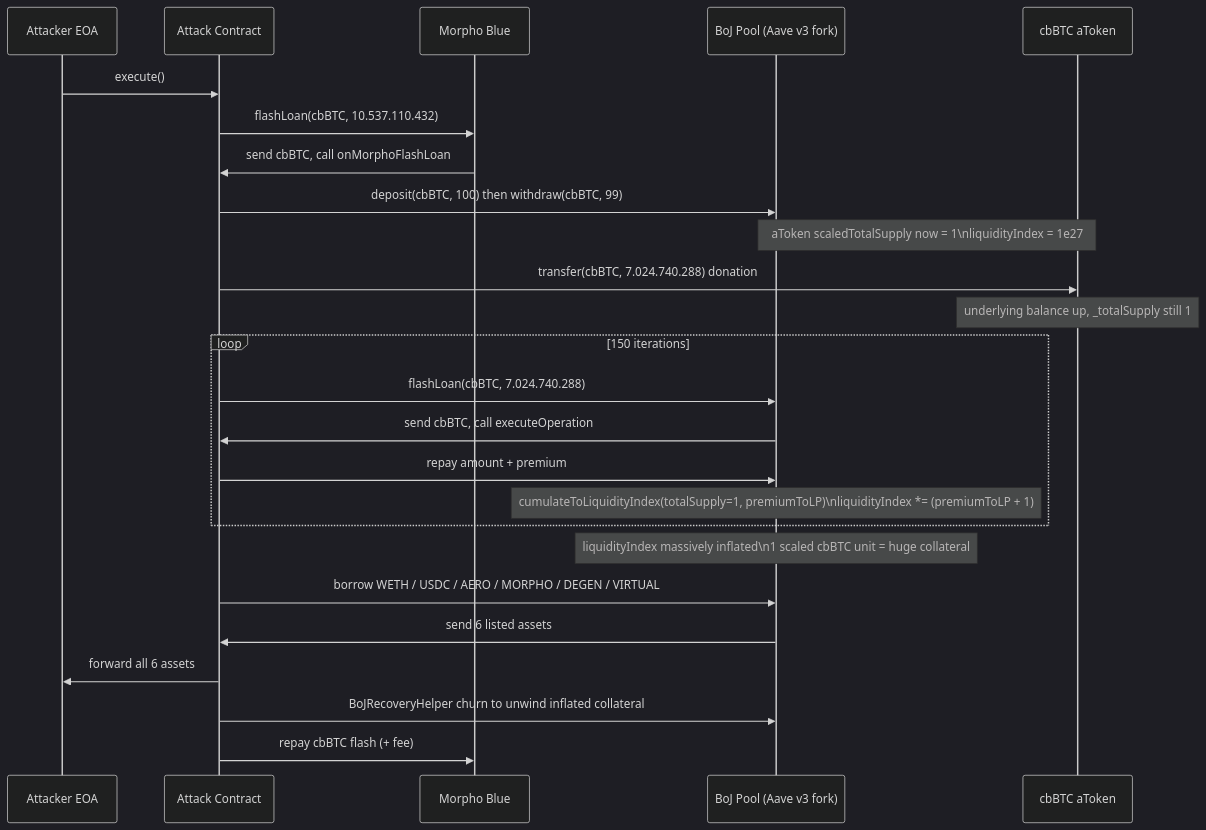
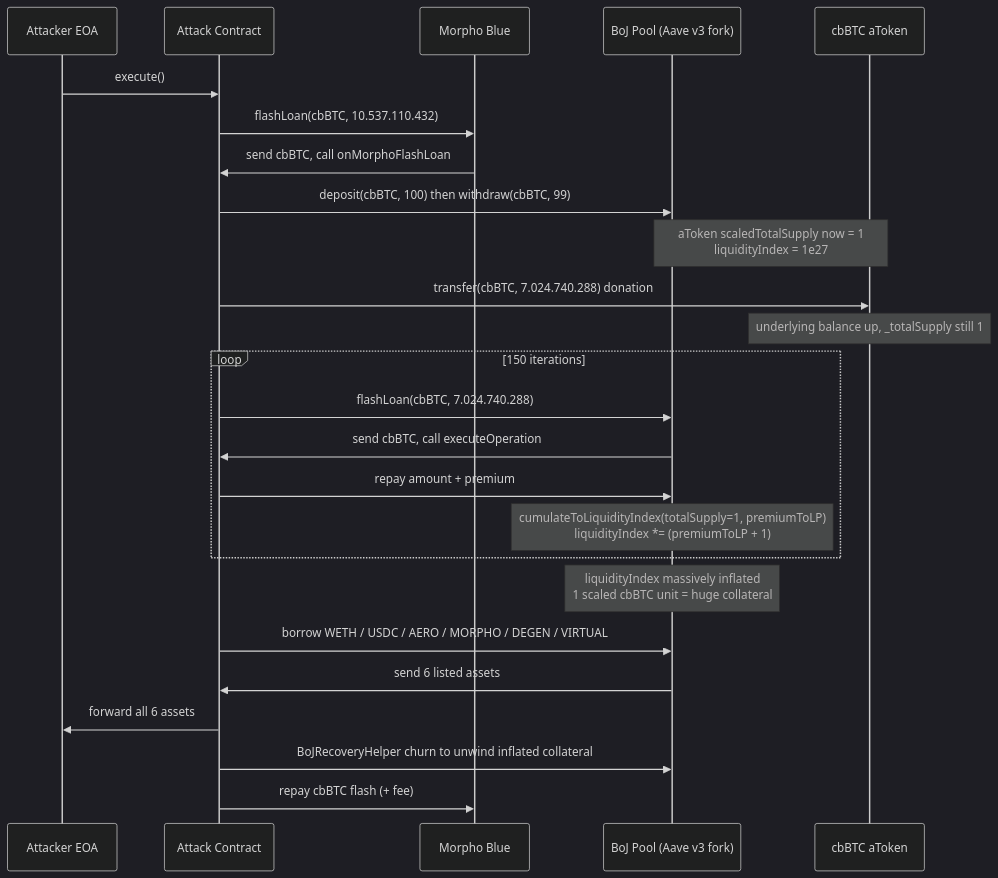
The first of 2 diagrams in 2025-07-BoJLeverageMarket_exp/BoJLeverageMarket_exp.md (sanbir/evm-hack-registry), drawn with Mermaid (dark theme) before and after one commit. The commit also changed other lines of this file and 280 other files, not shown here.

Commit message:
mermaid fixes

````diff
--- a/2025-07-BoJLeverageMarket_exp/BoJLeverageMarket_exp.md
+++ b/2025-07-BoJLeverageMarket_exp/BoJLeverageMarket_exp.md
@@ -140,28 +140,28 @@
 ```mermaid
 sequenceDiagram
     participant ATK as Attacker EOA
     participant CT as Attack Contract
     participant MB as Morpho Blue
     participant POOL as BoJ Pool (Aave v3 fork)
     participant AT as cbBTC aToken
 
     ATK->>CT: execute()
     CT->>MB: flashLoan(cbBTC, 10.537.110.432)
     MB->>CT: send cbBTC, call onMorphoFlashLoan
     CT->>POOL: deposit(cbBTC, 100) then withdraw(cbBTC, 99)
-    Note over POOL,AT: aToken scaledTotalSupply now = 1\nliquidityIndex = 1e27
+    Note over POOL,AT: aToken scaledTotalSupply now = 1<br/>liquidityIndex = 1e27
     CT->>AT: transfer(cbBTC, 7.024.740.288) donation
     Note over AT: underlying balance up, _totalSupply still 1
     loop 150 iterations
         CT->>POOL: flashLoan(cbBTC, 7.024.740.288)
         POOL->>CT: send cbBTC, call executeOperation
         CT->>POOL: repay amount + premium
-        Note over POOL: cumulateToLiquidityIndex(totalSupply=1, premiumToLP)\nliquidityIndex *= (premiumToLP + 1)
+        Note over POOL: cumulateToLiquidityIndex(totalSupply=1, premiumToLP)<br/>liquidityIndex *= (premiumToLP + 1)
     end
-    Note over POOL: liquidityIndex massively inflated\n1 scaled cbBTC unit = huge collateral
+    Note over POOL: liquidityIndex massively inflated<br/>1 scaled cbBTC unit = huge collateral
     CT->>POOL: borrow WETH / USDC / AERO / MORPHO / DEGEN / VIRTUAL
     POOL->>CT: send 6 listed assets
     CT->>ATK: forward all 6 assets
     CT->>POOL: BoJRecoveryHelper churn to unwind inflated collateral
     CT->>MB: repay cbBTC flash (+ fee)
 ```
````
